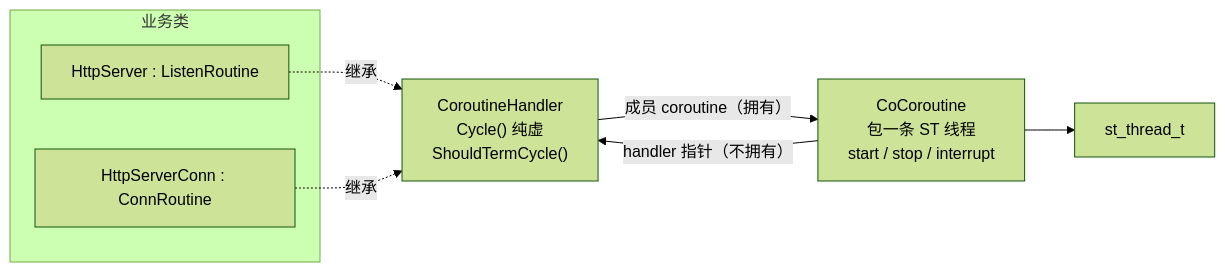
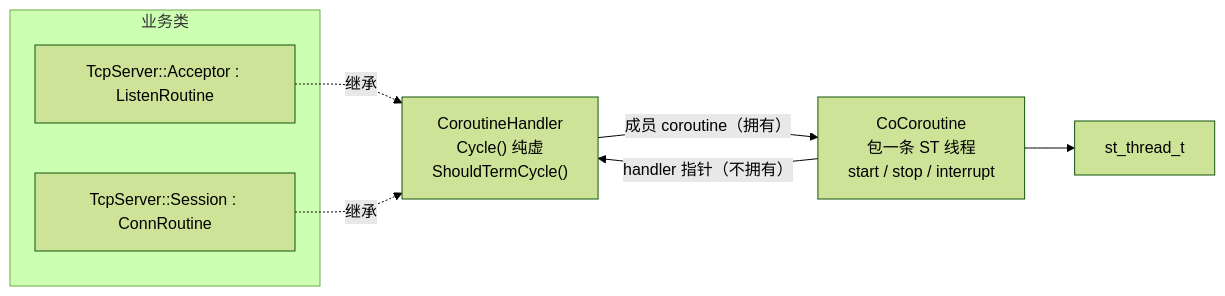
The first of 2 diagrams in docs/st.md (hydah/coco), drawn with Mermaid (forest theme) before and after one commit. The commit also changed other lines of this file and 4 other files, not shown here.

Commit message:
docs: describe the layered layout and TcpServer

````diff
--- a/docs/st.md
+++ b/docs/st.md
@@ -117,15 +117,15 @@
 ```mermaid
 flowchart LR
     subgraph biz["业务类"]
-        hs["HttpServer : ListenRoutine"]
-        hc["HttpServerConn : ConnRoutine"]
+        hs["TcpServer::Acceptor : ListenRoutine"]
+        hc["TcpServer::Session : ConnRoutine"]
     end
     handler["CoroutineHandler<br/>Cycle() 纯虚<br/>ShouldTermCycle()"]
     co["CoCoroutine<br/>包一条 ST 线程<br/>start / stop / interrupt"]
     st["st_thread_t"]
     hs -.继承.-> handler
     hc -.继承.-> handler
     handler -->|"成员 coroutine（拥有）"| co
     co -->|"handler 指针（不拥有）"| handler
     co --> st
 ```
````
